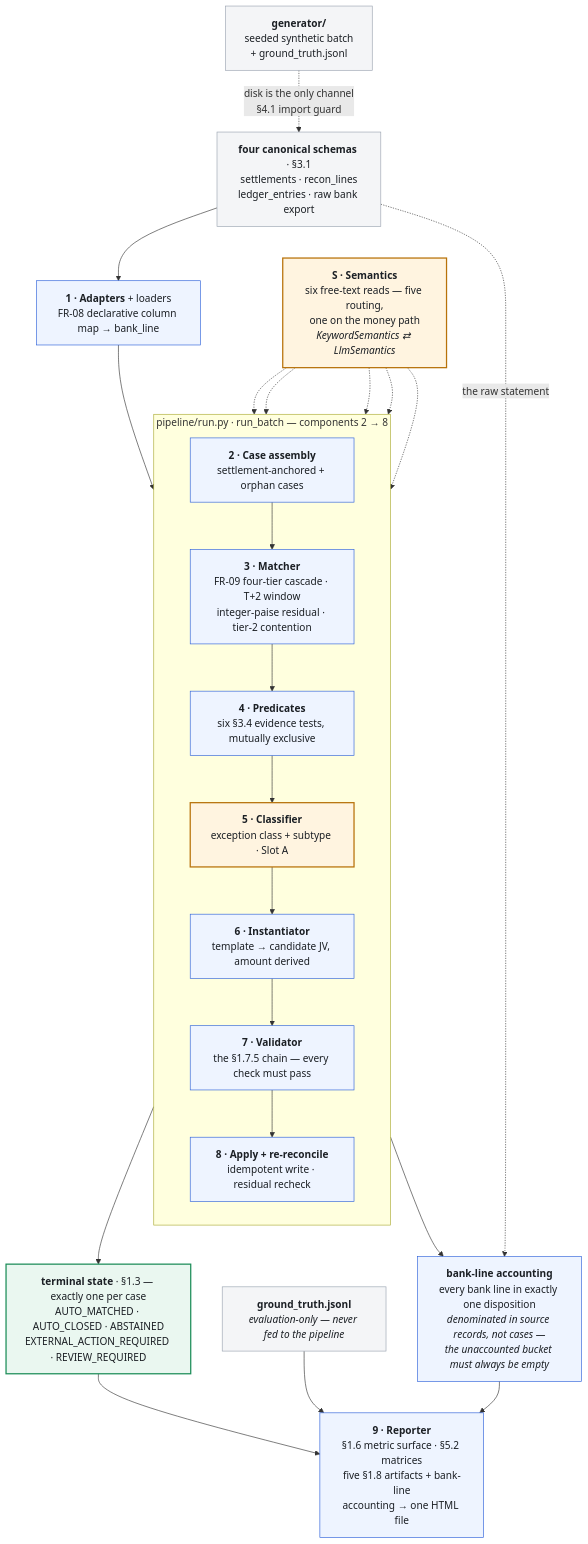
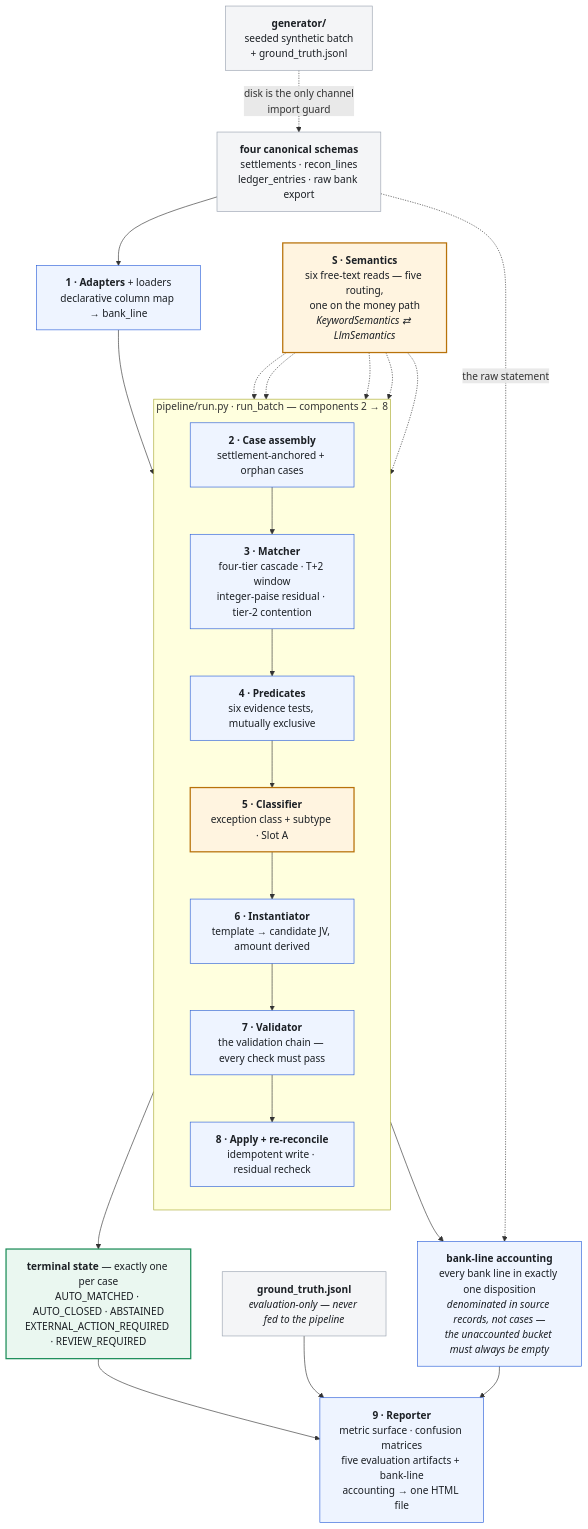
One commit to nikhil550000/AI-Settlement-Close-Controller changed the first of 2 diagrams in ARCHITECTURE.md. Above: the diagram before and after it, drawn with Mermaid. The commit also changed other lines of this file and 1 other file, not shown here.

````diff
--- a/ARCHITECTURE.md
+++ b/ARCHITECTURE.md
@@ -9,55 +9,55 @@
 ```mermaid
 flowchart TB
     G["<b>generator/</b><br/>seeded synthetic batch<br/>+ ground_truth.jsonl"]
-    SRC["<b>four canonical schemas</b> · §3.1<br/>settlements · recon_lines<br/>ledger_entries · raw bank export"]
-    C1["<b>1 · Adapters</b> + loaders<br/>FR-08 declarative column map → bank_line"]
+    SRC["<b>four canonical schemas</b><br/>settlements · recon_lines<br/>ledger_entries · raw bank export"]
+    C1["<b>1 · Adapters</b> + loaders<br/>declarative column map → bank_line"]
 
     subgraph spine ["pipeline/run.py · run_batch — components 2 → 8"]
         direction TB
         C2["<b>2 · Case assembly</b><br/>settlement-anchored + orphan cases"]
-        C3["<b>3 · Matcher</b><br/>FR-09 four-tier cascade · T+2 window<br/>integer-paise residual · tier-2 contention"]
-        C4["<b>4 · Predicates</b><br/>six §3.4 evidence tests, mutually exclusive"]
+        C3["<b>3 · Matcher</b><br/>four-tier cascade · T+2 window<br/>integer-paise residual · tier-2 contention"]
+        C4["<b>4 · Predicates</b><br/>six evidence tests, mutually exclusive"]
         C5["<b>5 · Classifier</b><br/>exception class + subtype · Slot A"]
         C6["<b>6 · Instantiator</b><br/>template → candidate JV, amount derived"]
-        C7["<b>7 · Validator</b><br/>the §1.7.5 chain — every check must pass"]
+        C7["<b>7 · Validator</b><br/>the validation chain — every check must pass"]
         C8["<b>8 · Apply + re-reconcile</b><br/>idempotent write · residual recheck"]
     end
 
-    TERM["<b>terminal state</b> · §1.3 — exactly one per case<br/>AUTO_MATCHED · AUTO_CLOSED · ABSTAINED<br/>EXTERNAL_ACTION_REQUIRED · REVIEW_REQUIRED"]
+    TERM["<b>terminal state</b> — exactly one per case<br/>AUTO_MATCHED · AUTO_CLOSED · ABSTAINED<br/>EXTERNAL_ACTION_REQUIRED · REVIEW_REQUIRED"]
     GT["<b>ground_truth.jsonl</b><br/><i>evaluation-only — never fed to the pipeline</i>"]
-    C9["<b>9 · Reporter</b><br/>§1.6 metric surface · §5.2 matrices<br/>five §1.8 artifacts + bank-line<br/>accounting → one HTML file"]
+    C9["<b>9 · Reporter</b><br/>metric surface · confusion matrices<br/>five evaluation artifacts + bank-line<br/>accounting → one HTML file"]
     SEM["<b>S · Semantics</b><br/>six free-text reads — five routing,<br/>one on the money path<br/><i>KeywordSemantics ⇄ LlmSemantics</i>"]
     ACCT["<b>bank-line accounting</b><br/>every bank line in exactly one disposition<br/><i>denominated in source records, not cases —<br/>the unaccounted bucket must always be empty</i>"]
 
-    G -.->|"disk is the only channel<br/>§4.1 import guard"| SRC
+    G -.->|"disk is the only channel<br/>import guard"| SRC
     SRC --> C1
     C1 --> C2
     C2 --> C3
     C3 --> C4
     C4 --> C5
     C5 --> C6
     C6 --> C7
     C7 --> C8
     C8 --> TERM
     TERM --> C9
     GT --> C9
     C8 --> ACCT
     SRC -.->|"the raw statement"| ACCT
     ACCT --> C9
 
     SEM -.-> C2
     SEM -.-> C3
     SEM -.-> C4
     SEM -.-> C5
     SEM -.-> C8
 
     classDef det fill:#eef4ff,stroke:#2b5fd9,stroke-width:1px,color:#1b1f24
     classDef model fill:#fff4e0,stroke:#b8720a,stroke-width:2px,color:#1b1f24
     classDef data fill:#f4f5f7,stroke:#9aa3b0,stroke-width:1px,color:#1b1f24
     classDef state fill:#eaf7f0,stroke:#1e8e5a,stroke-width:2px,color:#1b1f24
 
     class C1,C2,C3,C4,C6,C7,C8,C9,ACCT det
     class SEM,C5 model
     class G,SRC,GT data
     class TERM state
 ```
````
